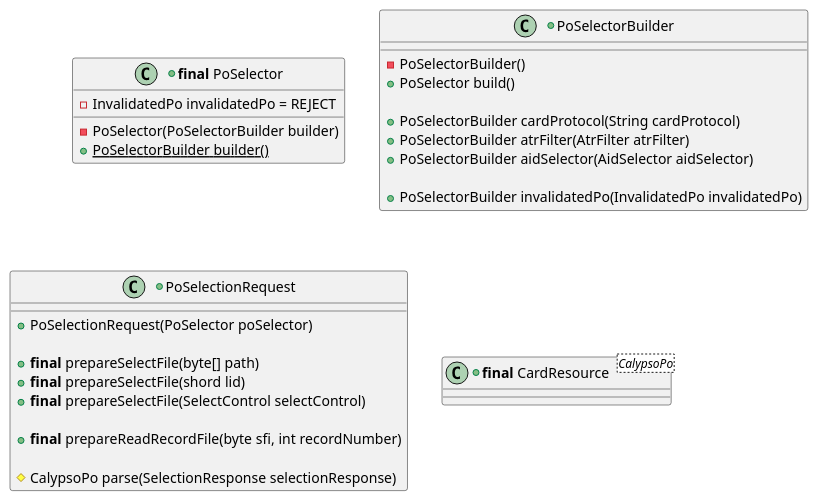
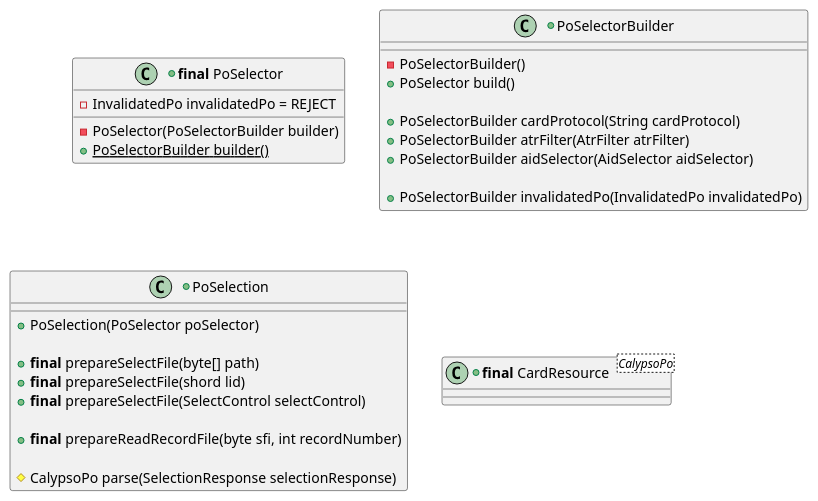
Before and after one commit to calypsonet/keyple: the third of 19 diagrams in src/KeypleCalypsoApi/puml/KeypleCalypso_Transaction_ClassDiag_ClassElements.iuml, drawn with PlantUML. The commit also changed other lines of this file and 10 other files, not shown here.

```diff
--- a/src/KeypleCalypsoApi/puml/KeypleCalypso_Transaction_ClassDiag_ClassElements.iuml
+++ b/src/KeypleCalypsoApi/puml/KeypleCalypso_Transaction_ClassDiag_ClassElements.iuml
@@ -32,34 +32,34 @@
 @startuml(id=TRANSACTION_SELECTION_1_0_0)
 +class "<b>final</b> PoSelector" as PoSelector {
   -InvalidatedPo invalidatedPo = REJECT
   -PoSelector(PoSelectorBuilder builder)
   +{static} PoSelectorBuilder builder()
 }
 
 +class PoSelectorBuilder {
   -PoSelectorBuilder()
   +PoSelector build()
 
   +PoSelectorBuilder cardProtocol(String cardProtocol)
   +PoSelectorBuilder atrFilter(AtrFilter atrFilter)
   +PoSelectorBuilder aidSelector(AidSelector aidSelector)
 
   +PoSelectorBuilder invalidatedPo(InvalidatedPo invalidatedPo)
 }
 
 
-+class PoSelectionRequest {
-  +PoSelectionRequest(PoSelector poSelector)
++class PoSelection {
+  +PoSelection(PoSelector poSelector)
 
   +<b>final</b> prepareSelectFile(byte[] path)
   +<b>final</b> prepareSelectFile(shord lid)
   +<b>final</b> prepareSelectFile(SelectControl selectControl)
 
   +<b>final</b> prepareReadRecordFile(byte sfi, int recordNumber)
 
   #CalypsoPo parse(SelectionResponse selectionResponse)
 }
 
 +class "<b>final</b> CardResource<CalypsoPo>" as PoResource {
 }
 @enduml
```
